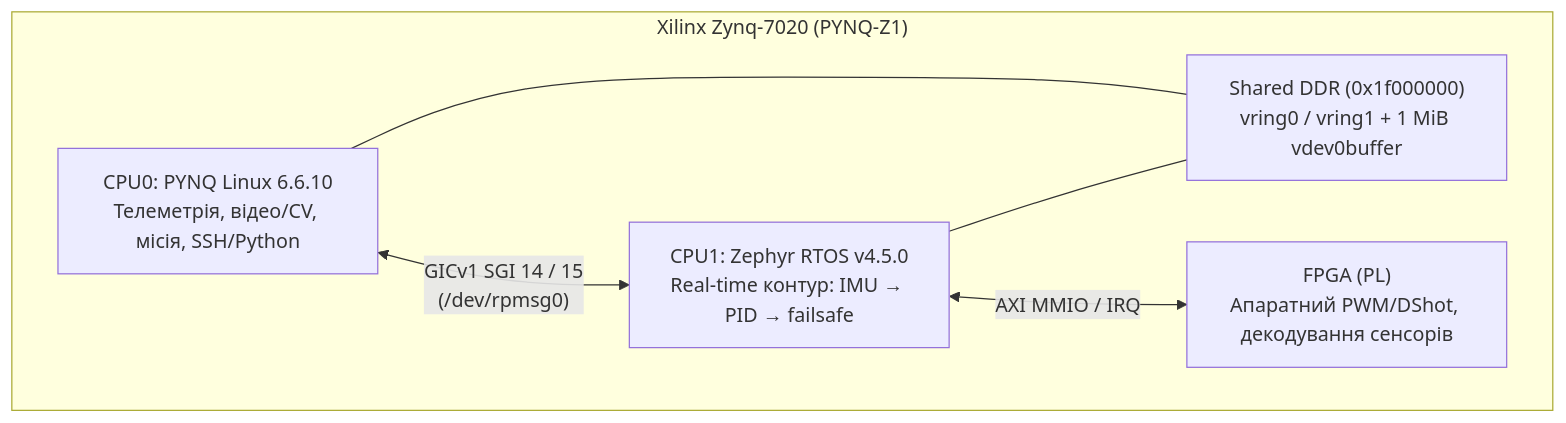
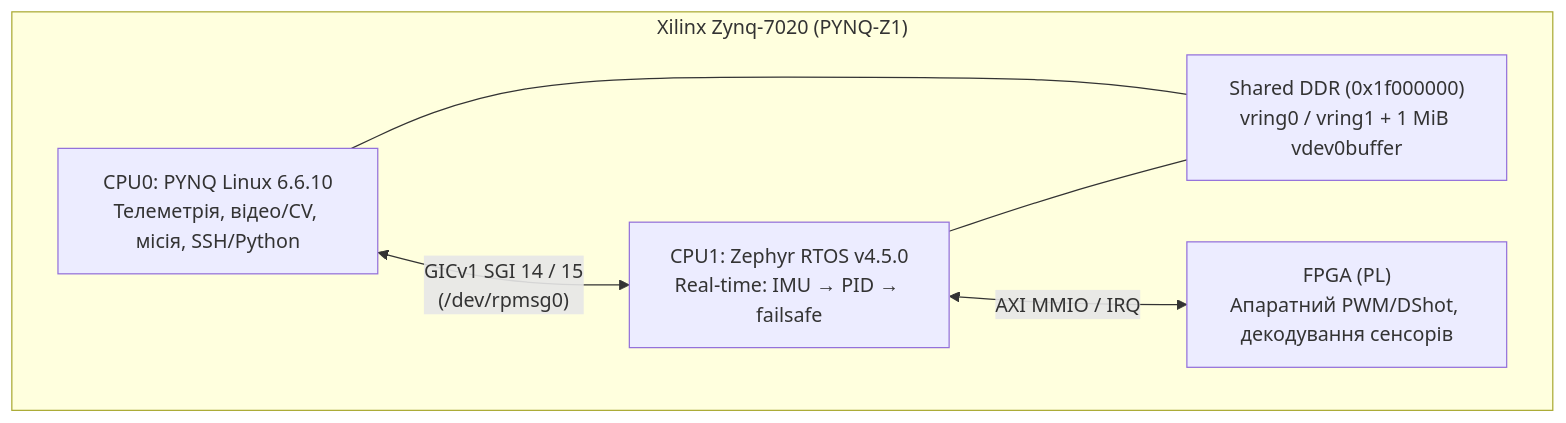
The diagram in DOU/DOU-Zephyr-RTOS-on-PYNQ-Z1-AMP-OpenAMP-Part2-UA.md (nick-fedchik/articles), drawn with Mermaid before and after one commit. The commit also changed other lines of this file and 1 other file, not shown here.

````diff
--- a/DOU/DOU-Zephyr-RTOS-on-PYNQ-Z1-AMP-OpenAMP-Part2-UA.md
+++ b/DOU/DOU-Zephyr-RTOS-on-PYNQ-Z1-AMP-OpenAMP-Part2-UA.md
@@ -22,14 +22,14 @@
 ```mermaid
 flowchart TB
     subgraph Zynq7020["Xilinx Zynq-7020 (PYNQ-Z1)"]
         CPU0["CPU0: PYNQ Linux 6.6.10\nТелеметрія, відео/CV, місія, SSH/Python"]
-        CPU1["CPU1: Zephyr RTOS v4.5.0\nReal-time контур: IMU → PID → failsafe"]
+        CPU1["CPU1: Zephyr RTOS v4.5.0\nReal-time: IMU → PID → failsafe"]
         PL["FPGA (PL)\nАпаратний PWM/DShot, декодування сенсорів"]
         SHM["Shared DDR (0x1f000000)\nvring0 / vring1 + 1 MiB vdev0buffer"]
 
         CPU0 <-- "GICv1 SGI 14 / 15\n(/dev/rpmsg0)" --> CPU1
         CPU0 --- SHM
         CPU1 --- SHM
         CPU1 <-- "AXI MMIO / IRQ" --> PL
     end
 ```
````
